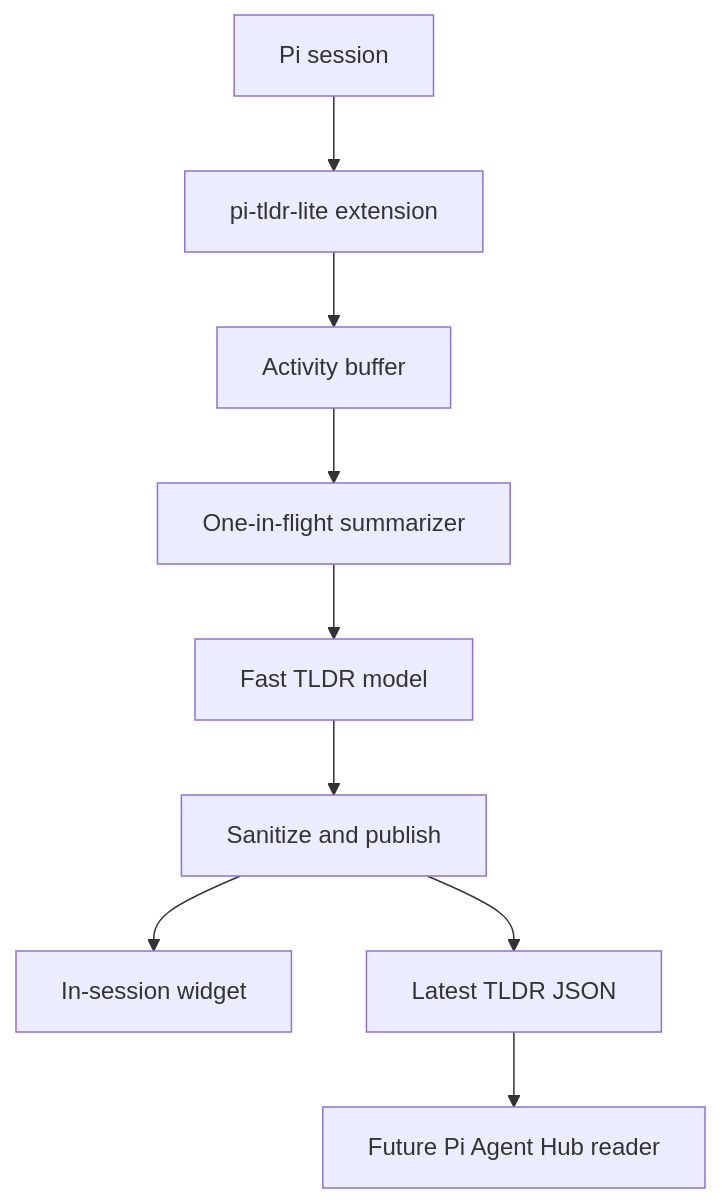
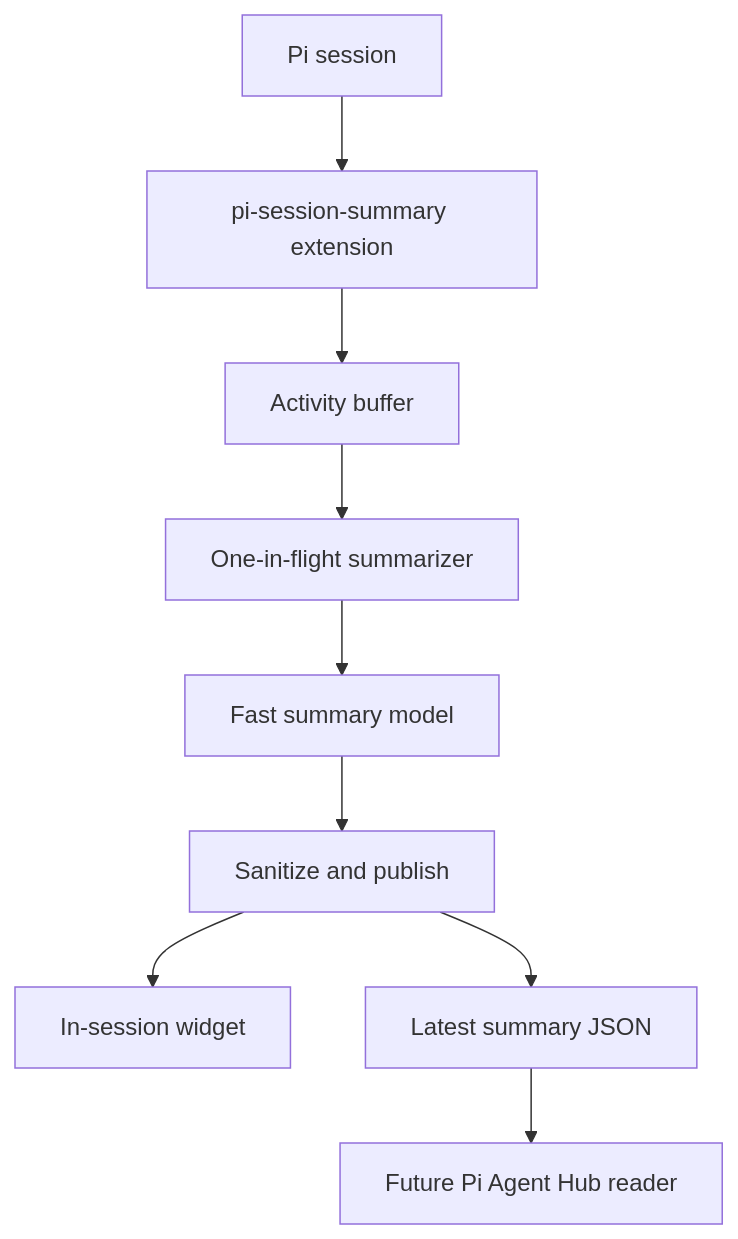
One commit to masta-g3/pi-session-summary changed the diagram in docs/STRUCTURE.md. Above: the diagram before and after it, drawn with Mermaid. The commit also changed other lines of this file and 14 other files, not shown here.

````diff
--- a/docs/STRUCTURE.md
+++ b/docs/STRUCTURE.md
@@ -47,11 +47,11 @@
 ```mermaid
 flowchart TD
-  Session[Pi session] --> Extension[pi-tldr-lite extension]
+  Session[Pi session] --> Extension[pi-session-summary extension]
   Extension --> Activity[Activity buffer]
   Activity --> Scheduler[One-in-flight summarizer]
-  Scheduler --> Model[Fast TLDR model]
+  Scheduler --> Model[Fast summary model]
   Model --> Publish[Sanitize and publish]
   Publish --> Widget[In-session widget]
-  Publish --> State[Latest TLDR JSON]
+  Publish --> State[Latest summary JSON]
   State --> Hub[Future Pi Agent Hub reader]
 ```
````
